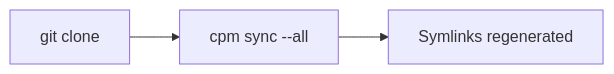
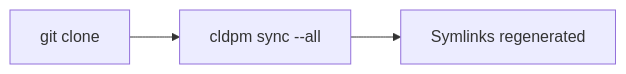
One commit to transilienceai/cldpm changed the second of 3 diagrams in docs/concepts.mdx. Above: the diagram before and after it, drawn with Mermaid. The commit also changed other lines of this file and 148 other files, not shown here.

Commit message:
chore: update the package name from cpm to cldpm

````diff
--- a/docs/concepts.mdx
+++ b/docs/concepts.mdx
@@ -182,5 +182,5 @@
 ```mermaid
 flowchart LR
-    A[git clone] --> B[cpm sync --all]
+    A[git clone] --> B[cldpm sync --all]
     B --> C[Symlinks regenerated]
 ```
````
